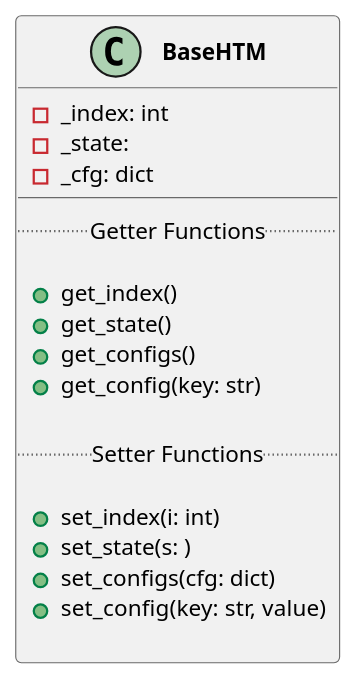
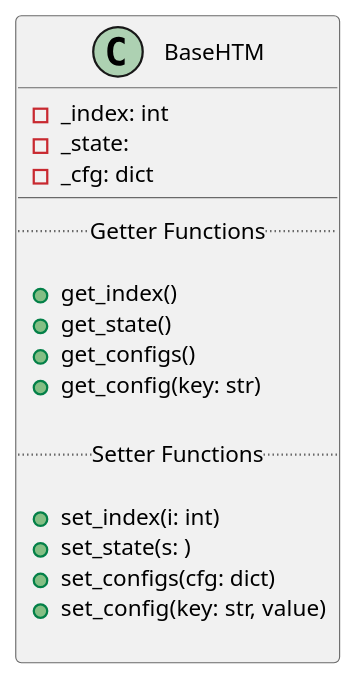
One commit to mrkrynmdsco/htm-python changed the diagram in _assets/class_basehtm.puml. Above: the diagram before and after it, drawn with PlantUML.

Commit message:
Modified format class diagram

```diff
--- a/_assets/class_basehtm.puml
+++ b/_assets/class_basehtm.puml
@@ -2,31 +2,28 @@
 @startuml BaseHTM
 scale 1.5
 skinparam class {
     borderColor DimGray
-    fontName Roboto
-    fontStyle bold
-    attributeFontName Ubuntu Mono
     attributeFontSize 10
 }
 
 class BaseHTM {
     -_index: int
     -_state: 
     -_cfg: dict
     __
     .. Getter Functions ..
     
     +get_index()
     +get_state()
     +get_configs()
     +get_config(key: str)
 
     .. Setter Functions ..
     
     +set_index(i: int)
     +set_state(s: )
     +set_configs(cfg: dict)
     +set_config(key: str, value)
 
 }
 @enduml
```
